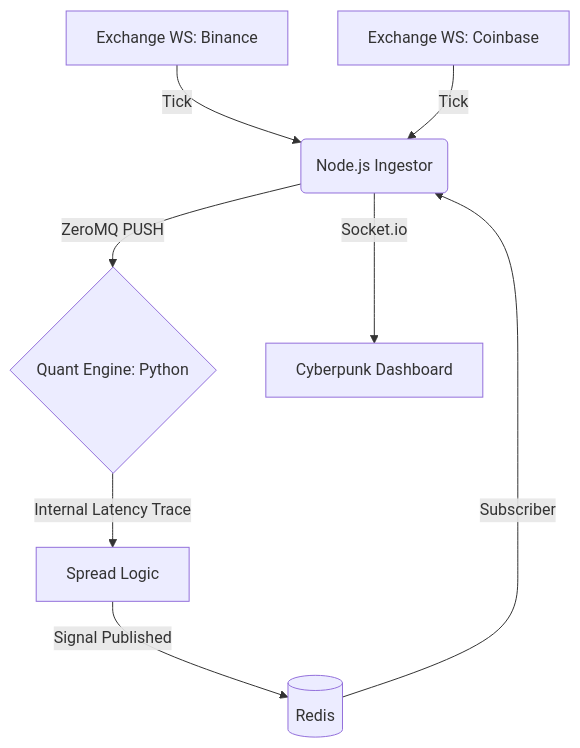
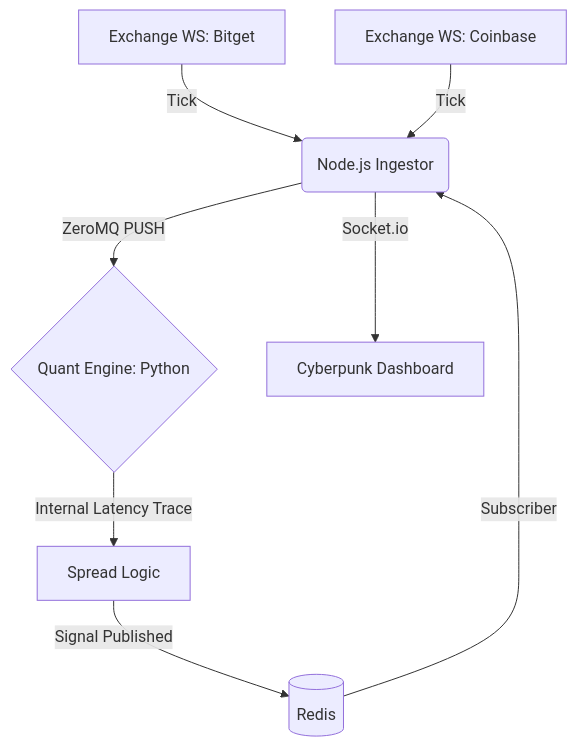
One commit to jblnco-ing/albitraje changed the diagram in README.md. Above: the diagram before and after it, drawn with Mermaid. The commit also changed 3 other files, not shown here.

Commit message:
refactor: replace Binance with Bitget in ingestor and documentation

````diff
--- a/README.md
+++ b/README.md
@@ -48,10 +48,10 @@
 ```mermaid
 graph TD
-    A[Exchange WS: Binance] -->|Tick| B(Node.js Ingestor)
+    A[Exchange WS: Bitget] -->|Tick| B(Node.js Ingestor)
     C[Exchange WS: Coinbase] -->|Tick| B
     B -->|ZeroMQ PUSH| D{Quant Engine: Python}
     D -->|Internal Latency Trace| E[Spread Logic]
     E -->|Signal Published| F[(Redis)]
     F -->|Subscriber| B
     B -->|Socket.io| G[Cyberpunk Dashboard]
 ```
````
